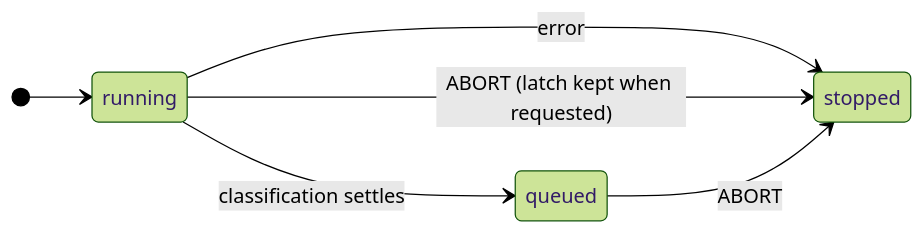
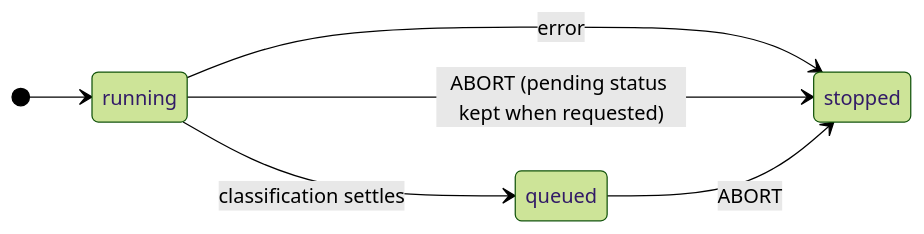
Before and after one commit to nigel-upstart/pi-buildout: the fifth of 5 diagrams in extensions/router/README.md, drawn with Mermaid (forest theme). The commit also changed other lines of this file and 14 other files, not shown here.

````diff
--- a/extensions/router/README.md
+++ b/extensions/router/README.md
@@ -497,9 +514,9 @@
 ```mermaid
 stateDiagram-v2
   direction LR
   [*] --> running
   running --> queued: classification settles
   running --> stopped: error
-  running --> stopped: ABORT (latch kept when requested)
+  running --> stopped: ABORT (pending status kept when requested)
   queued --> stopped: ABORT
 ```
````
